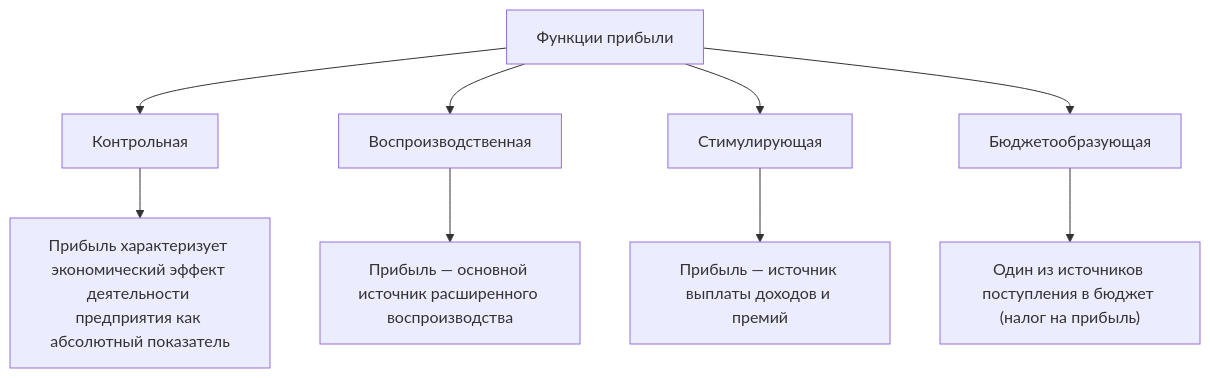
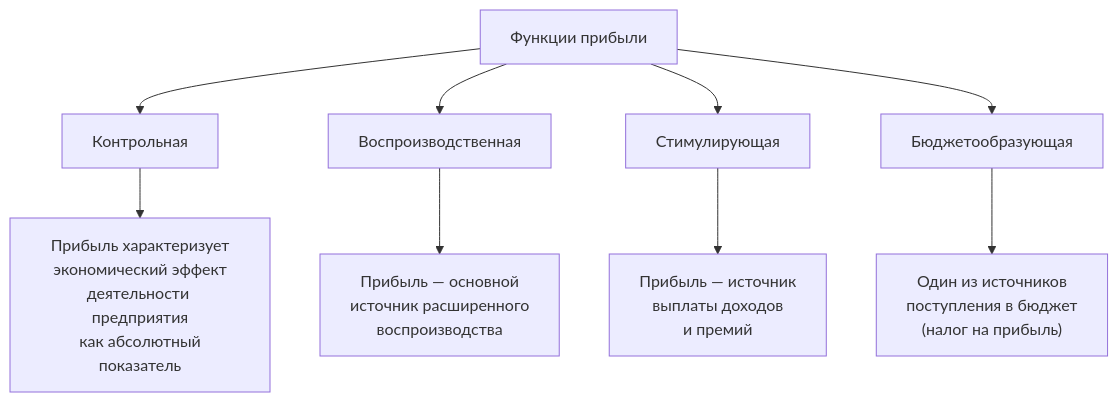
Before and after one commit to MeidKoi/conspects: the sixth of 7 diagrams in Экономика и ОПД.md, drawn with Mermaid. The commit also changed other lines of this file, not shown here.

Commit message:
fix diagrams

````diff
--- a/Экономика и ОПД.md
+++ b/Экономика и ОПД.md
@@ -997,12 +997,22 @@
 ```mermaid
 graph TD
     A[Функции прибыли] --> B[Контрольная]
     A --> C[Воспроизводственная]
     A --> D[Стимулирующая]
     A --> E[Бюджетообразующая]
 
-    B --> B1["Прибыль характеризует экономический эффект деятельности предприятия как абсолютный показатель"]
-    C --> C1["Прибыль — основной источник расширенного воспроизводства"]
-    D --> D1["Прибыль — источник выплаты доходов и премий"]
-    E --> E1["Один из источников поступления в бюджет (налог на прибыль)"]
+    B --> B1["Прибыль характеризует
+экономический эффект
+деятельности предприятия
+как абсолютный
+показатель"]
+    C --> C1["Прибыль — основной
+	источник расширенного
+	воспроизводства"]
+    D --> D1["Прибыль — источник
+	выплаты доходов
+	и премий"]
+    E --> E1["Один из источников
+	поступления в бюджет
+	(налог на прибыль)"]
 ```
````
